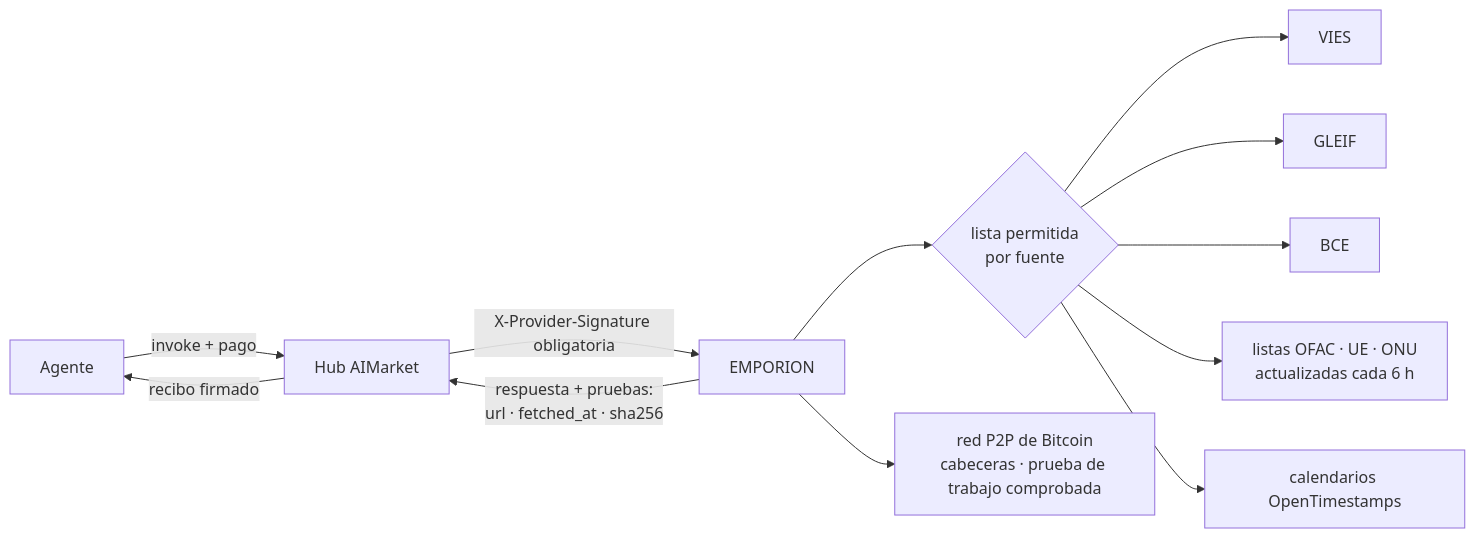
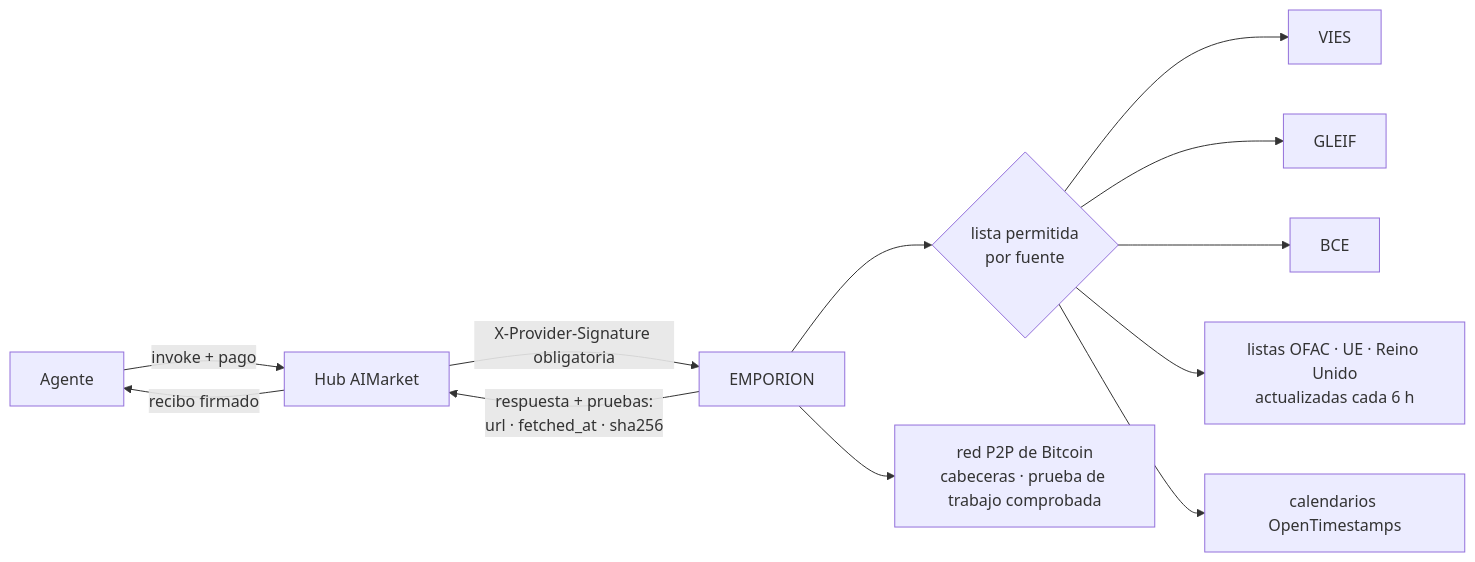
Before and after one commit to alexar76/emporion: the first of 3 diagrams in README.es.md, drawn with Mermaid. The commit also changed other lines of this file and 19 other files, not shown here.

````diff
--- a/README.es.md
+++ b/README.es.md
@@ -58,14 +58,14 @@
 ```mermaid
 flowchart LR
     A[Agente] -->|invoke + pago| H[Hub AIMarket]
     H -->|X-Provider-Signature obligatoria| E[EMPORION]
     E --> N{lista permitida<br/>por fuente}
     N --> V[VIES]
     N --> G[GLEIF]
     N --> C[BCE]
-    N --> S[listas OFAC · UE · ONU<br/>actualizadas cada 6 h]
+    N --> S[listas OFAC · UE · Reino Unido<br/>actualizadas cada 6 h]
     N --> O[calendarios OpenTimestamps]
     E --> X[red P2P de Bitcoin<br/>cabeceras · prueba de trabajo comprobada]
     E -->|respuesta + pruebas:<br/>url · fetched_at · sha256| H
     H -->|recibo firmado| A
 ```
````
